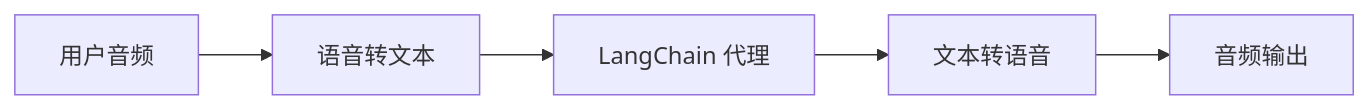
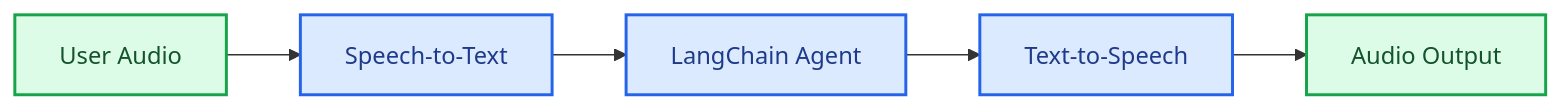
One commit to kunfan96/cndocs-langchain changed the first of 2 diagrams in oss/python/langchain/voice-agent.mdx. Above: the diagram before and after it, drawn with Mermaid. The commit also changed other lines of this file and 2611 other files, not shown here.

````diff
--- a/oss/python/langchain/voice-agent.mdx
+++ b/oss/python/langchain/voice-agent.mdx
@@ -37,7 +37,13 @@
 ```mermaid
 flowchart LR
-    A[用户音频] --> B[语音转文本]
-    B --> C[LangChain 代理]
-    C --> D[文本转语音]
-    D --> E[音频输出]
+    A[User Audio] --> B[Speech-to-Text]
+    B --> C[LangChain Agent]
+    C --> D[Text-to-Speech]
+    D --> E[Audio Output]
+
+    classDef trigger fill:#DCFCE7,stroke:#16A34A,stroke-width:2px,color:#14532D
+    classDef process fill:#DBEAFE,stroke:#2563EB,stroke-width:2px,color:#1E3A8A
+
+    class A,E trigger
+    class B,C,D process
 ```
````
